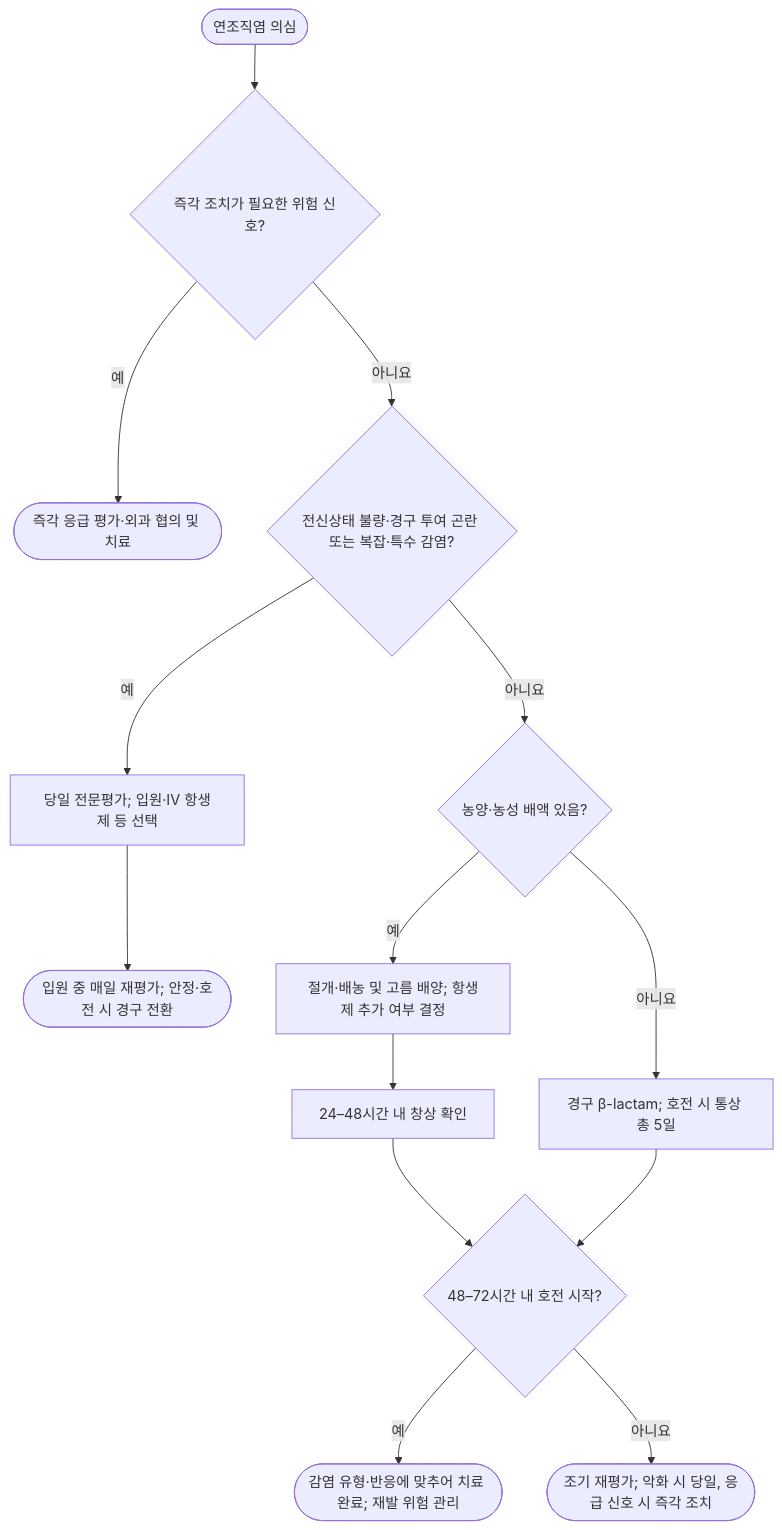
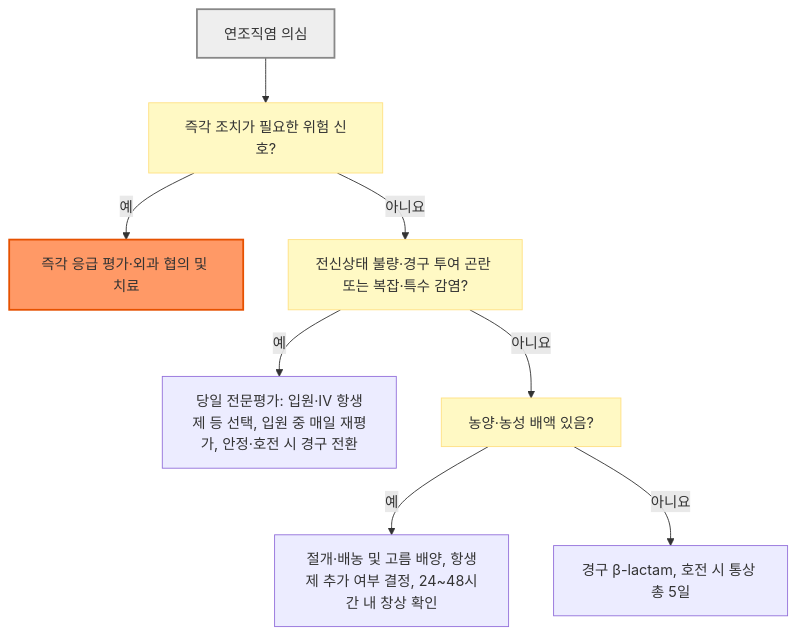
The diagram in 229_/169_-cellulitis.md (familyoh77/familyoh77), drawn with Mermaid before and after one commit. The commit also changed other lines of this file and 16 other files, not shown here.

````diff
--- a/229_/169_-cellulitis.md
+++ b/229_/169_-cellulitis.md
@@ -142,16 +142,15 @@
 ```mermaid
 flowchart TD
-    Start(["연조직염 의심"]) --> A{"즉각 조치가 필요한 위험 신호?"}
-    A -->|예| B(["즉각 응급 평가·외과 협의 및 치료"])
-    A -->|아니요| C{"전신상태 불량·경구 투여 곤란 또는 복잡·특수 감염?"}
-    C -->|예| D["당일 전문평가; 입원·IV 항생제 등 선택"]
-    D --> K(["입원 중 매일 재평가; 안정·호전 시 경구 전환"])
-    C -->|아니요| E{"농양·농성 배액 있음?"}
-    E -->|예| F["절개·배농 및 고름 배양; 항생제 추가 여부 결정"]
-    E -->|아니요| G["경구 β-lactam; 호전 시 통상 총 5일"]
-    F --> W["24–48시간 내 창상 확인"]
-    W --> H{"48–72시간 내 호전 시작?"}
-    G --> H
-    H -->|예| I(["감염 유형·반응에 맞추어 치료 완료; 재발 위험 관리"])
-    H -->|아니요| J(["조기 재평가; 악화 시 당일, 응급 신호 시 즉각 조치"])
+    Start["연조직염 의심"] --> A["즉각 조치가 필요한 위험 신호?"]
+    A -->|"예"| B["즉각 응급 평가·외과 협의 및 치료"]
+    A -->|"아니요"| C["전신상태 불량·경구 투여 곤란 또는 복잡·특수 감염?"]
+    C -->|"예"| D["당일 전문평가: 입원·IV 항생제 등 선택, 입원 중 매일 재평가, 안정·호전 시 경구 전환"]
+    C -->|"아니요"| E["농양·농성 배액 있음?"]
+    E -->|"예"| F["절개·배농 및 고름 배양, 항생제 추가 여부 결정, 24~48시간 내 창상 확인"]
+    E -->|"아니요"| G["경구 β-lactam, 호전 시 통상 총 5일"]
+
+    classDef question fill:#fff9c4,stroke:#ffe082
+    class A,C,E question
+    style Start fill:#eeeeee,stroke:#888888,stroke-width:2px
+    style B fill:#f96,stroke:#e65100,stroke-width:2px
 ```
````
